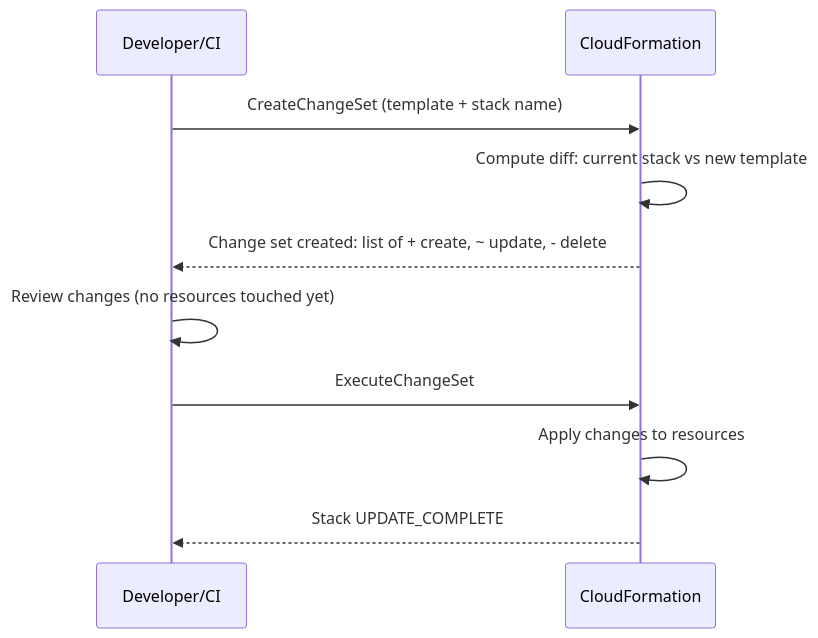
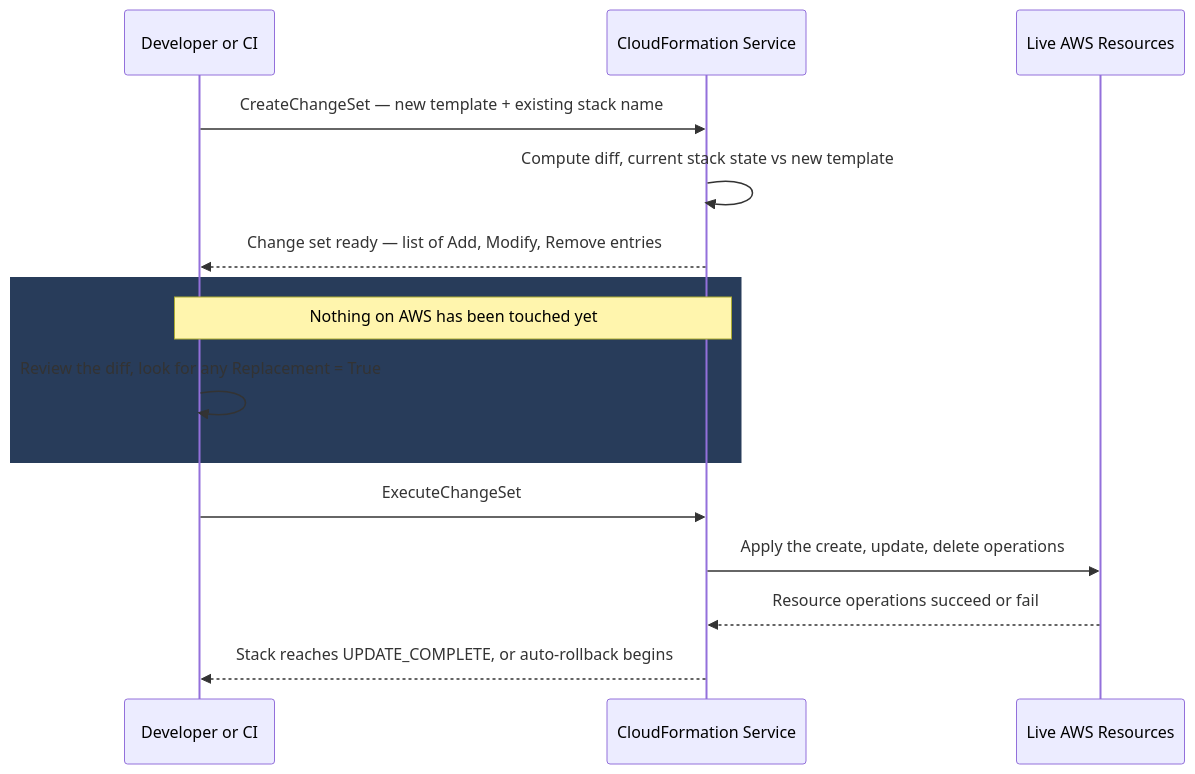
One commit to deepanshu-rawat6/DevOpsIndex changed the third of 6 diagrams in iac/cloudformation/README.md. Above: the diagram before and after it, drawn with Mermaid. The commit also changed other lines of this file and 17 other files, not shown here.

````diff
--- a/iac/cloudformation/README.md
+++ b/iac/cloudformation/README.md
@@ -119,13 +158,20 @@
 ```mermaid
 sequenceDiagram
-    participant Dev as Developer/CI
-    participant CFN as CloudFormation
+    participant Dev as Developer or CI
+    participant CFN as CloudFormation Service
+    participant Res as Live AWS Resources
 
-    Dev->>CFN: CreateChangeSet (template + stack name)
-    CFN->>CFN: Compute diff: current stack vs new template
-    CFN-->>Dev: Change set created: list of + create, ~ update, - delete
-    Dev->>Dev: Review changes (no resources touched yet)
+    Dev->>CFN: CreateChangeSet — new template + existing stack name
+    CFN->>CFN: Compute diff, current stack state vs new template
+    CFN-->>Dev: Change set ready — list of Add, Modify, Remove entries
+
+    rect rgb(40, 60, 90)
+    Note over Dev,CFN: Nothing on AWS has been touched yet
+    Dev->>Dev: Review the diff, look for any Replacement = True
+    end
+
     Dev->>CFN: ExecuteChangeSet
-    CFN->>CFN: Apply changes to resources
-    CFN-->>Dev: Stack UPDATE_COMPLETE
+    CFN->>Res: Apply the create, update, delete operations
+    Res-->>CFN: Resource operations succeed or fail
+    CFN-->>Dev: Stack reaches UPDATE_COMPLETE, or auto-rollback begins
 ```
````
